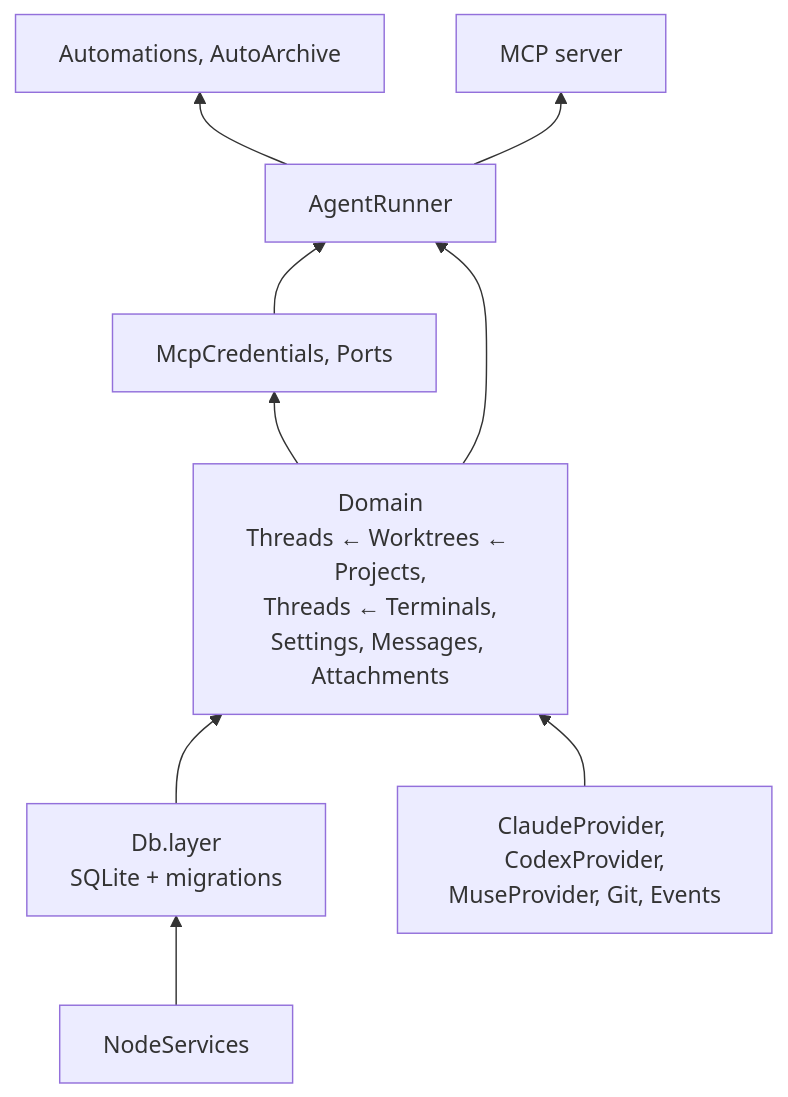
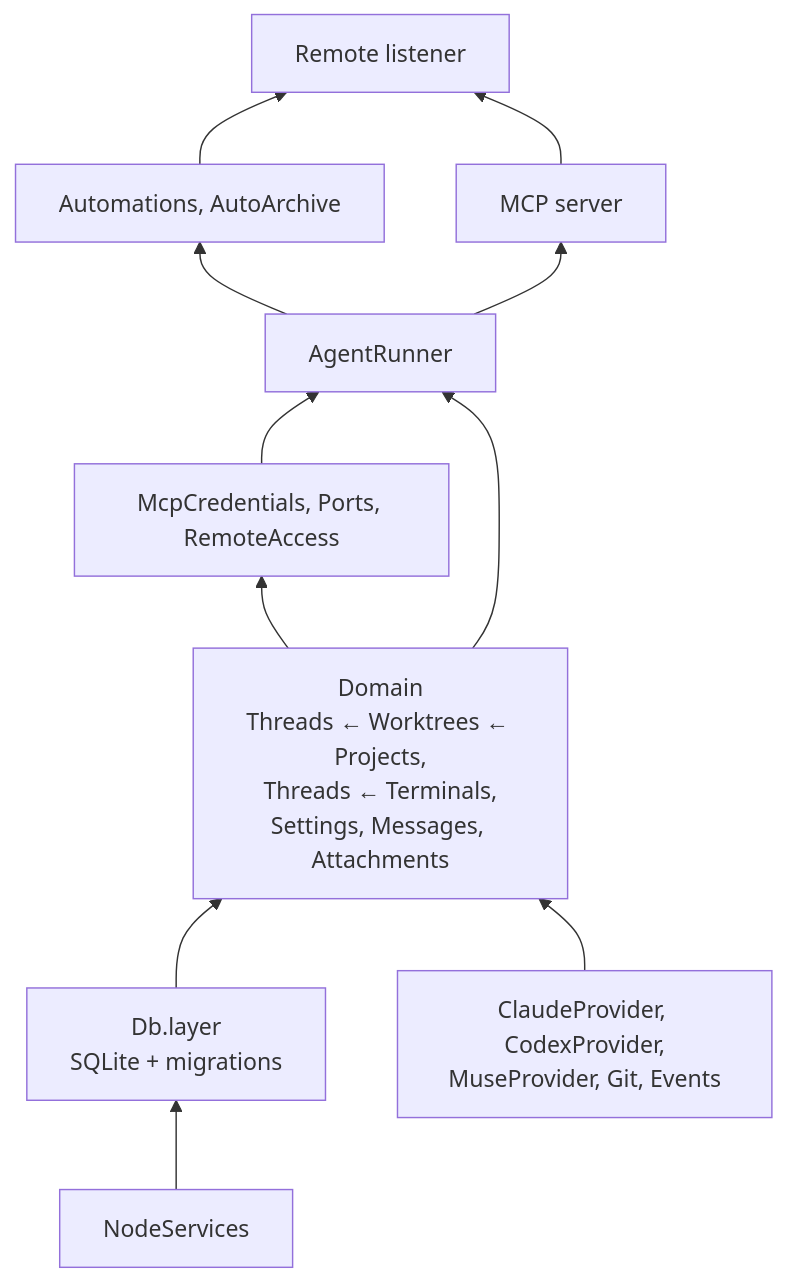
One commit to hinadev-ai/hinacode changed the third of 16 diagrams in docs/arch.md. Above: the diagram before and after it, drawn with Mermaid. The commit also changed other lines of this file and 77 other files, not shown here.

````diff
--- a/docs/arch.md
+++ b/docs/arch.md
@@ -73,18 +78,20 @@
 ```mermaid
 flowchart BT
   node["NodeServices"]
   db["Db.layer<br/>SQLite + migrations"]
   infra["ClaudeProvider, CodexProvider,<br/>MuseProvider, Git, Events"]
   domain["Domain<br/>Threads ← Worktrees ← Projects,<br/>Threads ← Terminals,<br/>Settings, Messages, Attachments"]
-  features["McpCredentials, Ports"]
+  features["McpCredentials, Ports, RemoteAccess"]
   runner["AgentRunner"]
   autos["Automations, AutoArchive"]
   mcp["MCP server"]
+  remote["Remote listener"]
 
   node --> db --> domain
   infra --> domain
   domain --> features --> runner
   domain --> runner
   runner --> autos
   runner --> mcp
+  autos & mcp --> remote
 ```
````
